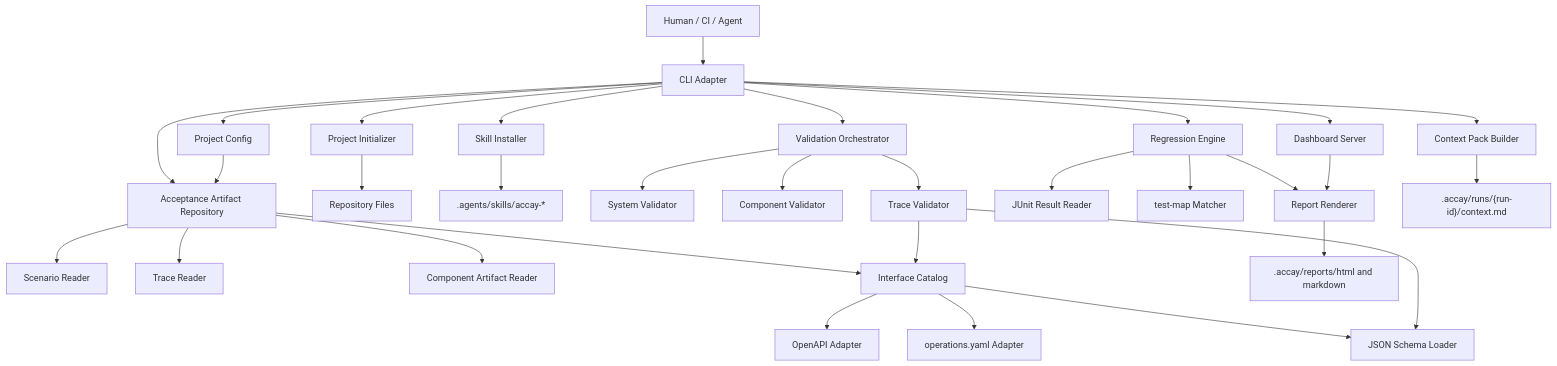
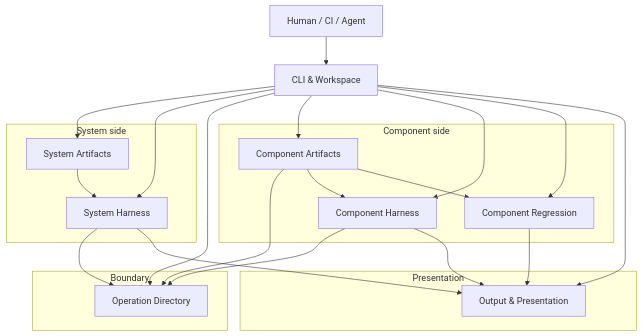
One commit to autotaker/accay changed the first of 7 diagrams in docs/architecture.md. Above: the diagram before and after it, drawn with Mermaid. The commit also changed other lines of this file, not shown here.

Commit message:
Refine architecture design

````diff
--- a/docs/architecture.md
+++ b/docs/architecture.md
@@ -26,38 +56,43 @@
 ```mermaid
 flowchart TD
-  User["Human / CI / Agent"] --> CLI["CLI Adapter"]
-  CLI --> Config["Project Config"]
-  CLI --> Project["Project Initializer"]
-  CLI --> Installer["Skill Installer"]
-  CLI --> ArtifactRepo["Acceptance Artifact Repository"]
-  CLI --> Validator["Validation Orchestrator"]
-  CLI --> Pack["Context Pack Builder"]
-  CLI --> Regression["Regression Engine"]
-  CLI --> Server["Dashboard Server"]
+  User["Human / CI / Agent"] --> CLI["CLI & Workspace"]
 
-  Config --> ArtifactRepo
-  Project --> Files["Repository Files"]
-  Installer --> Skills[".agents/skills/accay-*"]
+  subgraph SystemSide["System side"]
+    SystemArtifacts["System Artifacts"]
+    SystemHarness["System Harness"]
+  end
 
-  ArtifactRepo --> Scenario["Scenario Reader"]
-  ArtifactRepo --> Trace["Trace Reader"]
-  ArtifactRepo --> Component["Component Artifact Reader"]
-  ArtifactRepo --> Interfaces["Interface Catalog"]
+  subgraph Boundary["Boundary"]
+    OperationDirectory["Operation Directory"]
+  end
 
-  Interfaces --> OpenAPI["OpenAPI Adapter"]
-  Interfaces --> Operations["operations.yaml Adapter"]
-  Interfaces --> Schemas["JSON Schema Loader"]
+  subgraph ComponentSide["Component side"]
+    ComponentArtifacts["Component Artifacts"]
+    ComponentHarness["Component Harness"]
+    Regression["Component Regression"]
+  end
 
-  Validator --> SystemValidation["System Validator"]
-  Validator --> ComponentValidation["Component Validator"]
-  Validator --> TraceValidation["Trace Validator"]
-  TraceValidation --> Schemas
-  TraceValidation --> Interfaces
+  subgraph Presentation["Presentation"]
+    Output["Output & Presentation"]
+  end
 
-  Regression --> JUnit["JUnit Result Reader"]
-  Regression --> TestMap["test-map Matcher"]
-  Regression --> Reports["Report Renderer"]
-  Server --> Reports
-  Pack --> Runs[".accay/runs/{run-id}/context.md"]
-  Reports --> Output[".accay/reports/html and markdown"]
+  CLI --> SystemArtifacts
+  CLI --> SystemHarness
+  CLI --> OperationDirectory
+  CLI --> ComponentArtifacts
+  CLI --> ComponentHarness
+  CLI --> Regression
+  CLI --> Output
+
+  SystemArtifacts --> SystemHarness
+  SystemHarness --> OperationDirectory
+
+  ComponentArtifacts --> OperationDirectory
+  ComponentArtifacts --> ComponentHarness
+  ComponentArtifacts --> Regression
+  ComponentHarness --> OperationDirectory
+
+  SystemHarness --> Output
+  ComponentHarness --> Output
+  Regression --> Output
 ```
````
